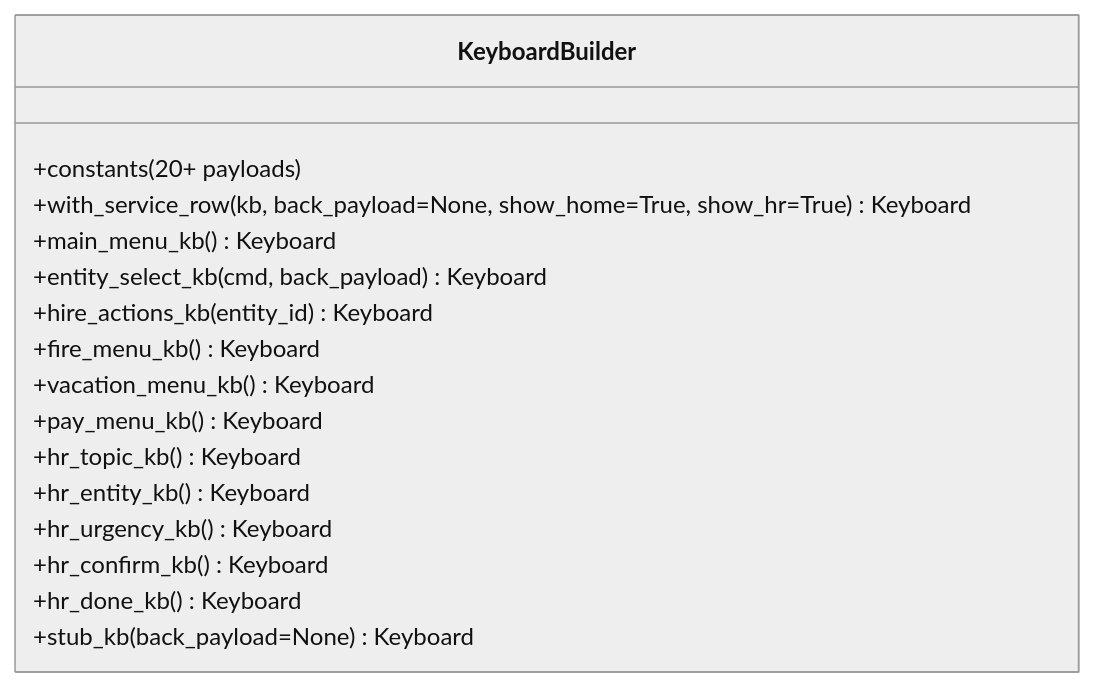
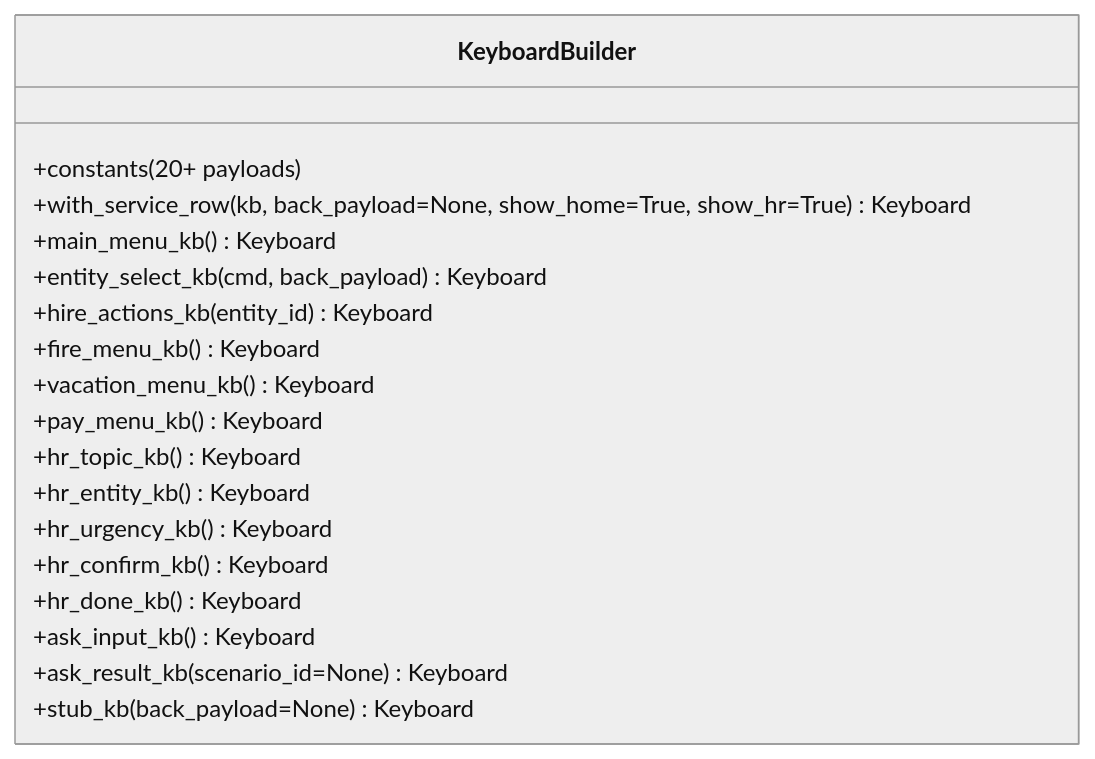
The third of 12 diagrams in .qoder/repowiki/en/content/Keyboard System.md (ognelis/cafetera_hr_bot), drawn with Mermaid (neutral theme) before and after one commit. The commit also changed other lines of this file and 10 other files, not shown here.

````diff
--- a/.qoder/repowiki/en/content/Keyboard System.md
+++ b/.qoder/repowiki/en/content/Keyboard System.md
@@ -163,19 +178,21 @@
 ```mermaid
 classDiagram
 class KeyboardBuilder {
 +constants (20+ payloads)
 +with_service_row(kb, back_payload=None, show_home=True, show_hr=True) Keyboard
 +main_menu_kb() Keyboard
 +entity_select_kb(cmd, back_payload) Keyboard
 +hire_actions_kb(entity_id) Keyboard
 +fire_menu_kb() Keyboard
 +vacation_menu_kb() Keyboard
 +pay_menu_kb() Keyboard
 +hr_topic_kb() Keyboard
 +hr_entity_kb() Keyboard
 +hr_urgency_kb() Keyboard
 +hr_confirm_kb() Keyboard
 +hr_done_kb() Keyboard
++ask_input_kb() Keyboard
++ask_result_kb(scenario_id=None) Keyboard
 +stub_kb(back_payload=None) Keyboard
 }
 ```
````
